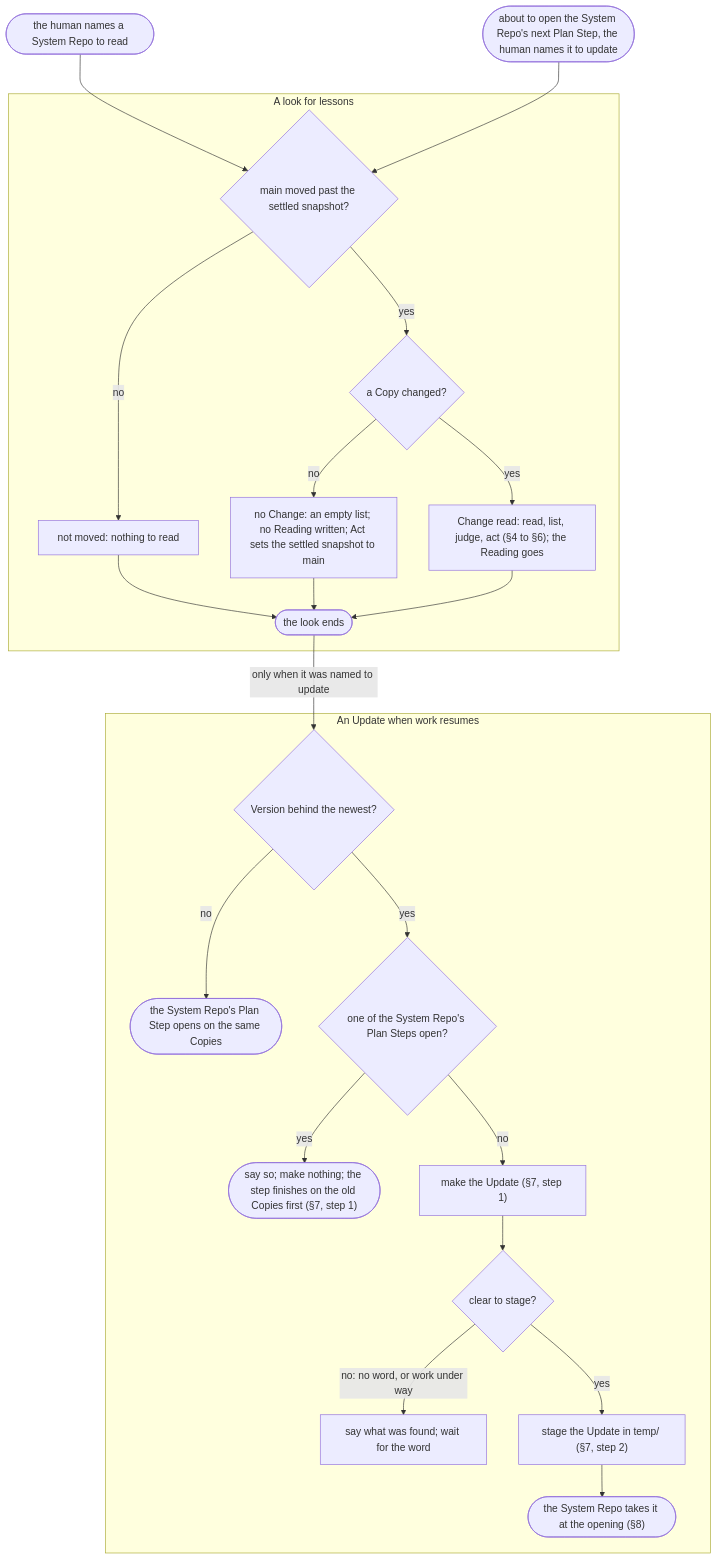
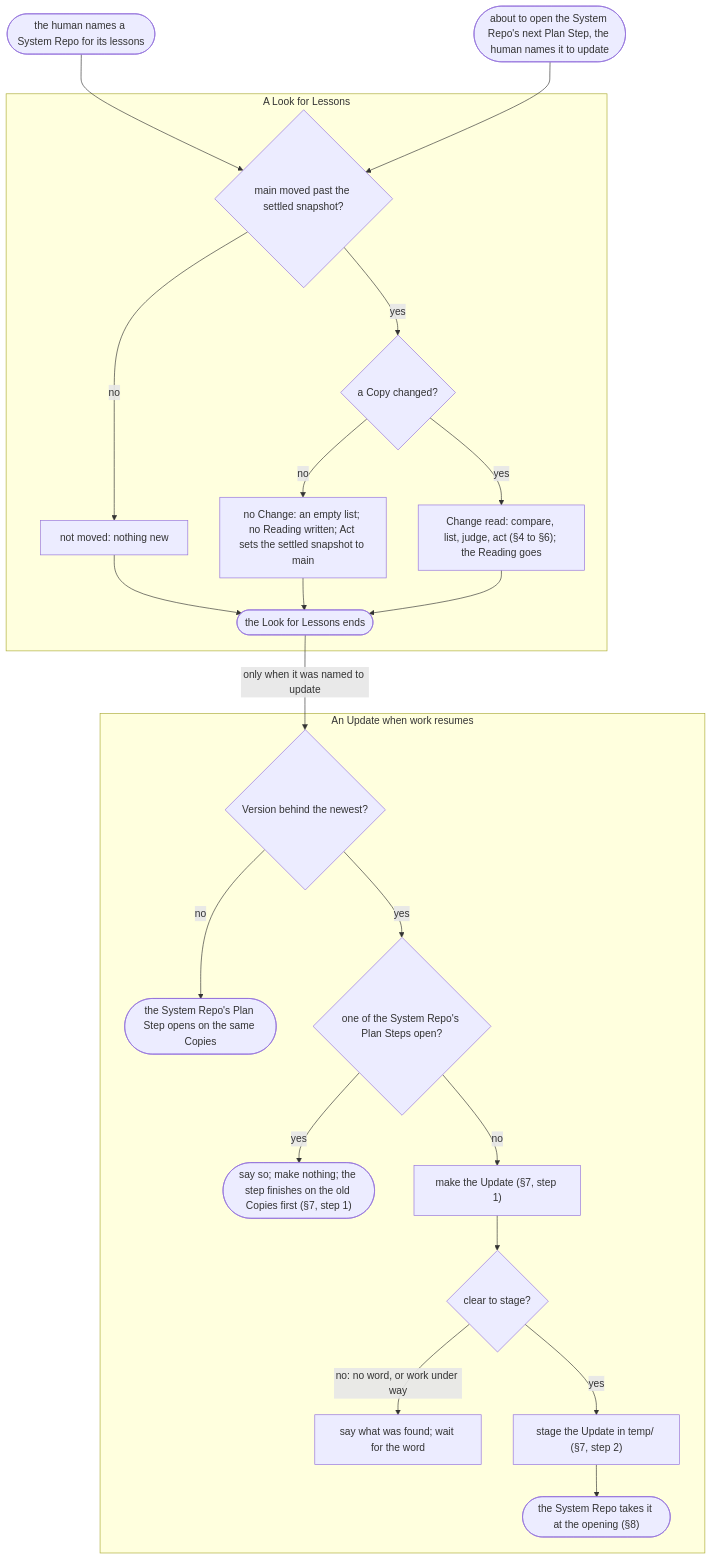
One commit to edgaras87/correctness-by-construction changed the diagram in temp/common-ground/system-repo-change-flow.md. Above: the diagram before and after it, drawn with Mermaid. The commit also changed other lines of this file and 2 other files, not shown here.

First line of the commit message:
docs: temp defines the Look for Lessons

````diff
--- a/temp/common-ground/system-repo-change-flow.md
+++ b/temp/common-ground/system-repo-change-flow.md
@@ -41,27 +41,27 @@
 ```mermaid
 flowchart TD
-  read(["the human names a System Repo to read"]) --> c1
+  read(["the human names a System Repo for its lessons"]) --> c1
   upd(["about to open the System Repo's next Plan Step, the human names it to update"]) --> c1
-  subgraph lessons ["A look for lessons"]
+  subgraph lessons ["A Look for Lessons"]
     c1{"main moved past the settled snapshot?"}
-    c1 -- no --> A["not moved: nothing to read"]
+    c1 -- no --> A["not moved: nothing new"]
     c1 -- yes --> c2{"a Copy changed?"}
     c2 -- no --> C["no Change: an empty list; no Reading written; Act sets the settled snapshot to main"]
-    c2 -- yes --> D["Change read: read, list, judge, act (§4 to §6); the Reading goes"]
-    A --> done(["the look ends"])
+    c2 -- yes --> D["Change read: compare, list, judge, act (§4 to §6); the Reading goes"]
+    A --> done(["the Look for Lessons ends"])
     C --> done
     D --> done
   end
   done -- "only when it was named to update" --> c3
   subgraph update ["An Update when work resumes"]
     c3{"Version behind the newest?"}
     c3 -- no --> same(["the System Repo's Plan Step opens on the same Copies"])
     c3 -- yes --> open{"one of the System Repo's Plan Steps open?"}
     open -- "yes" --> wait1(["say so; make nothing; the step finishes on the old Copies first (§7, step 1)"])
     open -- no --> make["make the Update (§7, step 1)"]
     make --> ok{"clear to stage?"}
     ok -- "no: no word, or work under way" --> wait["say what was found; wait for the word"]
     ok -- yes --> stage["stage the Update in temp/ (§7, step 2)"]
     stage --> take(["the System Repo takes it at the opening (§8)"])
   end
 ```
````
